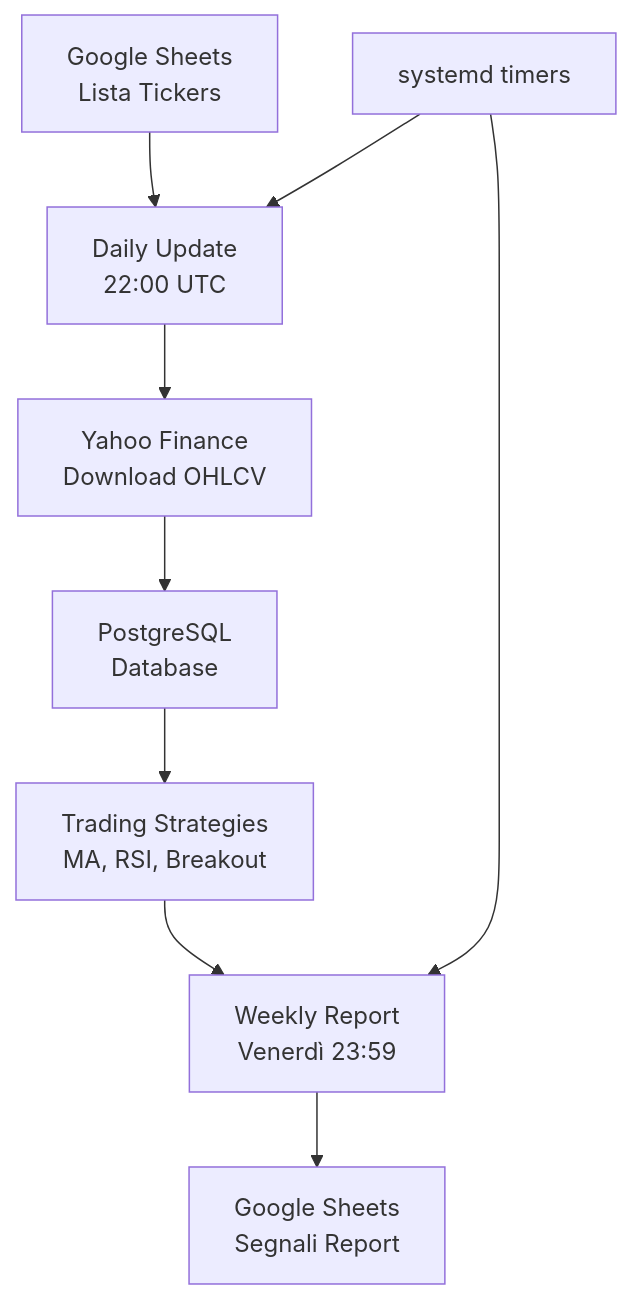
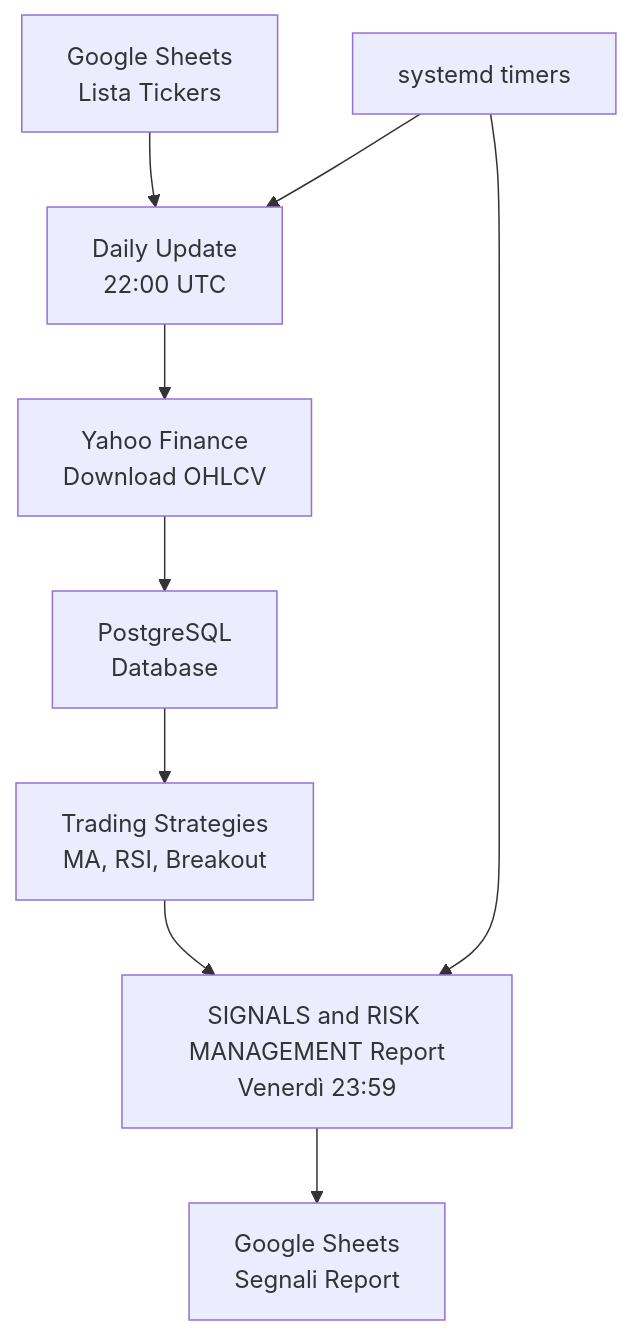
Before and after one commit to leoBitto/money: the diagram in docs/README.md, drawn with Mermaid. The commit also changed other lines of this file and 2 other files, not shown here.

````diff
--- a/docs/README.md
+++ b/docs/README.md
@@ -16,12 +30,12 @@
 ```mermaid
 graph TD
     A[Google Sheets<br/>Lista Tickers] --> B[Daily Update<br/>22:00 UTC]
     B --> C[Yahoo Finance<br/>Download OHLCV]
     C --> D[PostgreSQL<br/>Database]
     D --> E[Trading Strategies<br/>MA, RSI, Breakout]
-    E --> F[Weekly Report<br/>Venerdì 23:59]
+    E --> F[SIGNALS and RISK MANAGEMENT Report<br/>Venerdì 23:59]
     F --> G[Google Sheets<br/>Segnali Report]
     
     H[systemd timers] --> B
     H --> F
 ```
````
